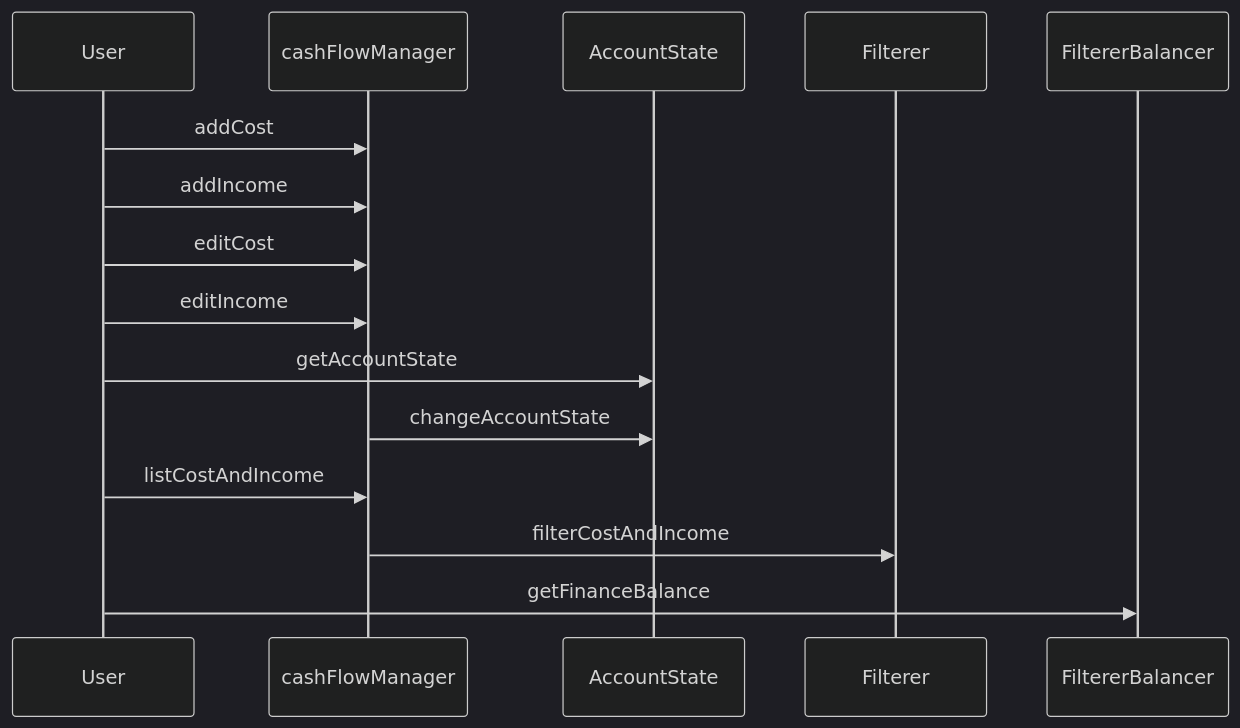
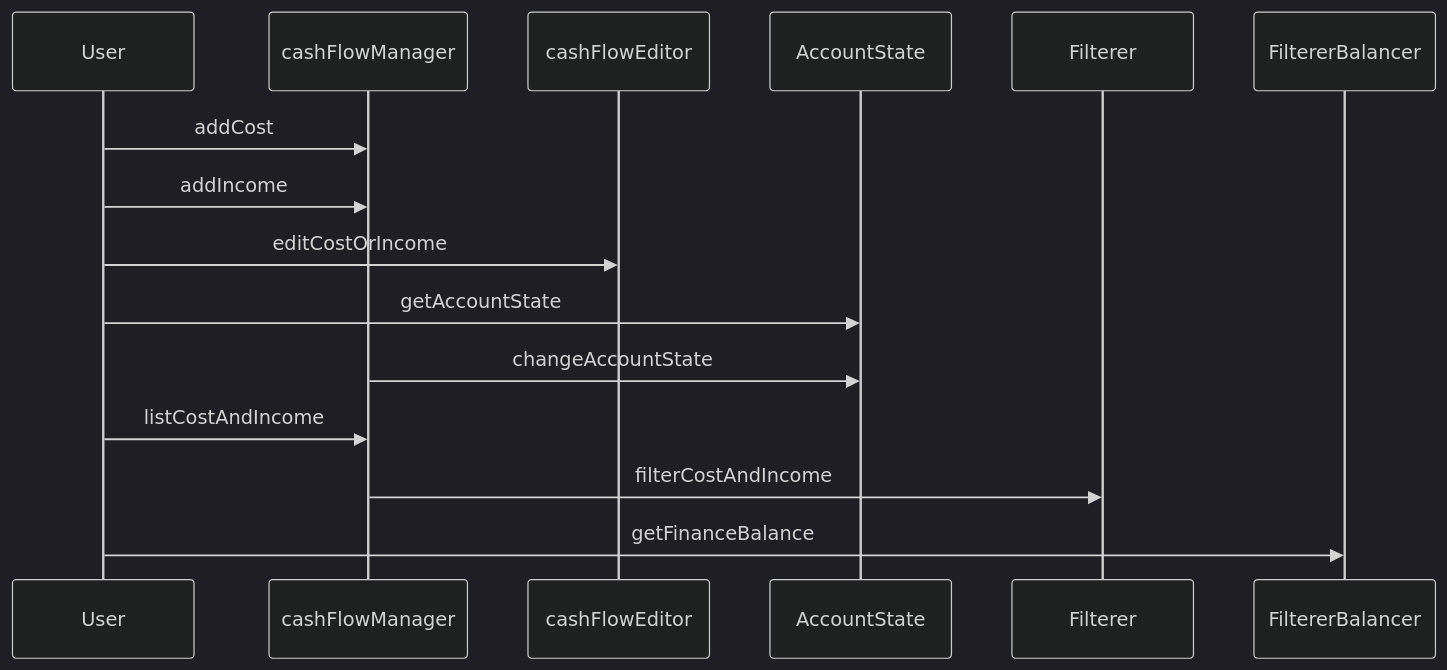
The diagram in README.md (kempakepa/budgetProject), drawn with Mermaid (dark theme) before and after one commit.

Commit message:
feat(#14): add very first draft of tests for cash flow editor module

````diff
--- a/README.md
+++ b/README.md
@@ -22,12 +22,11 @@
 ```mermaid
 sequenceDiagram
     User->>cashFlowManager: addCost
     User->>cashFlowManager: addIncome
-    User->>cashFlowManager: editCost
-    User->>cashFlowManager: editIncome
+    User->>cashFlowEditor: editCostOrIncome
     User->>AccountState: getAccountState
     cashFlowManager->>AccountState: changeAccountState
     User->>cashFlowManager: listCostAndIncome
     cashFlowManager->>Filterer: filterCostAndIncome
     User->>FiltererBalancer: getFinanceBalance
 ```
````
